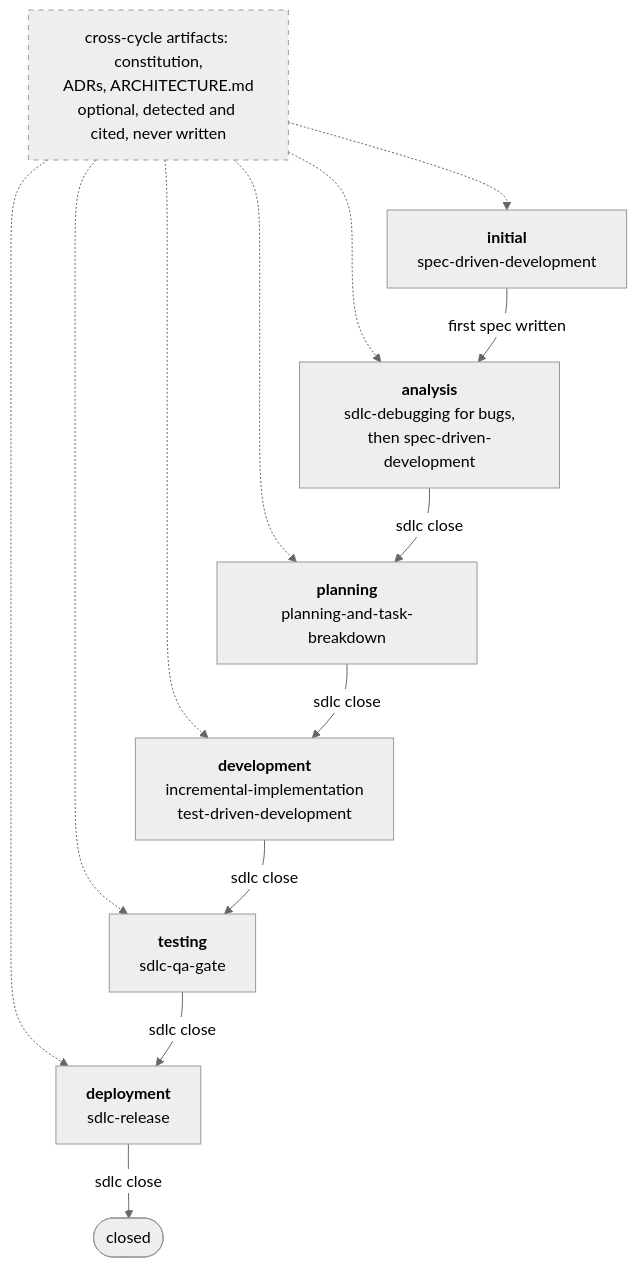
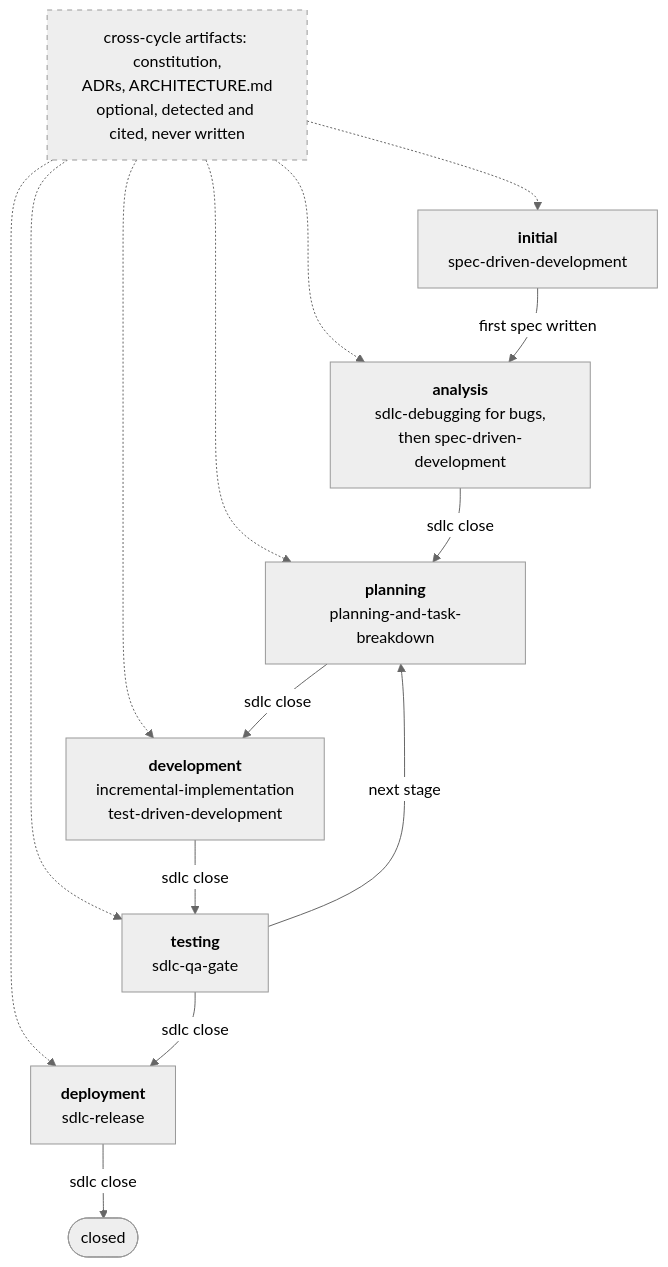
Before and after one commit to PapiScholz/SDLC-Assist: the first of 3 diagrams in docs/sdlc-flow.md, drawn with Mermaid (neutral theme). The commit also changed other lines of this file and 33 other files, not shown here.

````diff
--- a/docs/sdlc-flow.md
+++ b/docs/sdlc-flow.md
@@ -9,25 +9,26 @@
 ```mermaid
 flowchart TD
     A["<b>initial</b><br/>spec-driven-development"]
     B["<b>analysis</b><br/>sdlc-debugging for bugs,<br/>then spec-driven-development"]
     C["<b>planning</b><br/>planning-and-task-breakdown"]
     D["<b>development</b><br/>incremental-implementation<br/>test-driven-development"]
     E["<b>testing</b><br/>sdlc-qa-gate"]
     F["<b>deployment</b><br/>sdlc-release"]
     G([closed])
     K["cross-cycle artifacts: constitution,<br/>ADRs, ARCHITECTURE.md<br/>optional, detected and cited, never written"]
 
     K -.-> A
     K -.-> B
     K -.-> C
     K -.-> D
     K -.-> E
     K -.-> F
     style K stroke-dasharray: 5 5
     A -->|first spec written| B
     B -->|sdlc close| C
     C -->|sdlc close| D
     D -->|sdlc close| E
     E -->|sdlc close| F
     F -->|sdlc close| G
+    E -->|next stage| C
 ```
````
